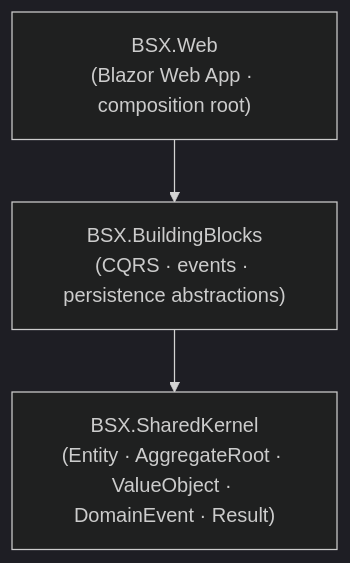
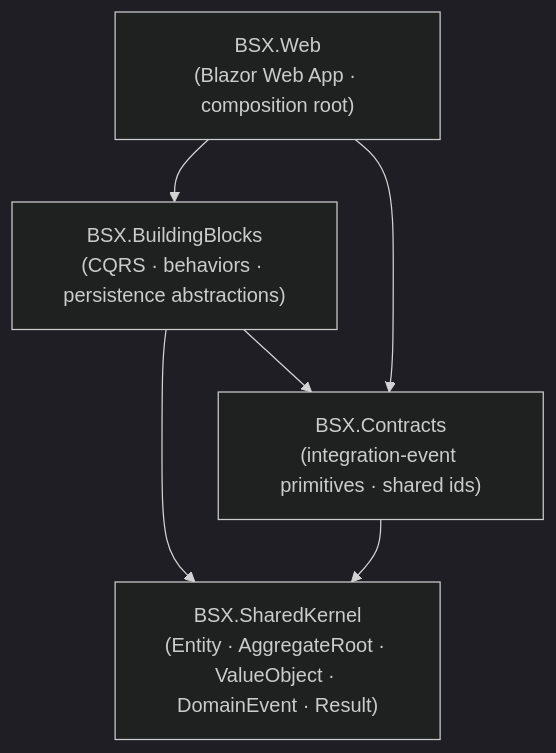
One commit to jb-coder/BSX.Platform changed the diagram in docs/diagrams/foundation-projects.md. Above: the diagram before and after it, drawn with Mermaid (dark theme). The commit also changed other lines of this file and 25 other files, not shown here.

Commit message:
docs(identity): complete architectural design and hardening

````diff
--- a/docs/diagrams/foundation-projects.md
+++ b/docs/diagrams/foundation-projects.md
@@ -5,12 +5,17 @@
 ```mermaid
 flowchart TD
 
     Web["BSX.Web<br/>(Blazor Web App · composition root)"]
 
-    BuildingBlocks["BSX.BuildingBlocks<br/>(CQRS · events · persistence abstractions)"]
+    BuildingBlocks["BSX.BuildingBlocks<br/>(CQRS · behaviors · persistence abstractions)"]
+
+    Contracts["BSX.Contracts<br/>(integration-event primitives · shared ids)"]
 
     SharedKernel["BSX.SharedKernel<br/>(Entity · AggregateRoot · ValueObject · DomainEvent · Result)"]
 
     Web --> BuildingBlocks
+    Web --> Contracts
     BuildingBlocks --> SharedKernel
+    BuildingBlocks --> Contracts
+    Contracts --> SharedKernel
 ```
````
